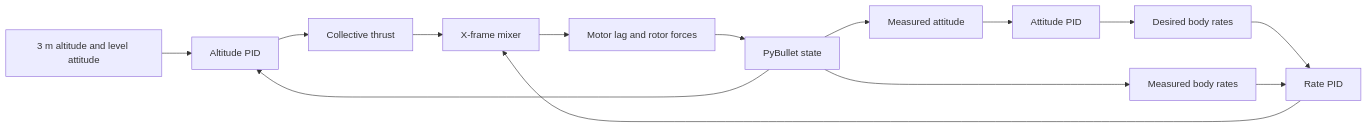
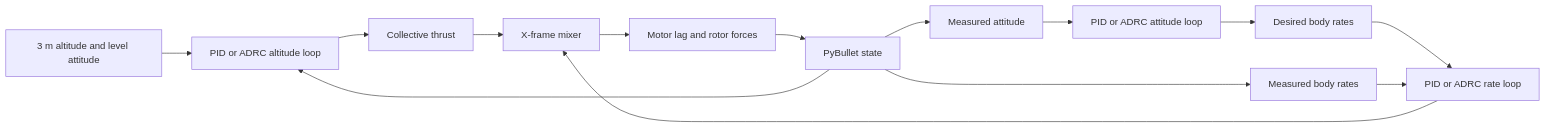
Before and after one commit to amire2000/drone-physics-and-simulation-course: the diagram in design/learning/module_04_motor_mixer_pid_plan.md, drawn with Mermaid. The commit also changed other lines of this file and 11 other files, not shown here.

Commit message:
feat(module-4): add interchangeable PID and ADRC controllers

````diff
--- a/design/learning/module_04_motor_mixer_pid_plan.md
+++ b/design/learning/module_04_motor_mixer_pid_plan.md
@@ -13,16 +13,16 @@
 ```mermaid
 flowchart LR
-    target[3 m altitude and level attitude] --> altitude[Altitude PID]
+    target[3 m altitude and level attitude] --> altitude[PID or ADRC altitude loop]
     altitude --> thrust[Collective thrust]
-    attitude[Measured attitude] --> attitude_pid[Attitude PID]
-    attitude_pid --> rates[Desired body rates]
-    rates --> rate_pid[Rate PID]
-    measured[Measured body rates] --> rate_pid
-    rate_pid --> mixer[X-frame mixer]
+    attitude[Measured attitude] --> attitude_loop[PID or ADRC attitude loop]
+    attitude_loop --> rates[Desired body rates]
+    rates --> rate_loop[PID or ADRC rate loop]
+    measured[Measured body rates] --> rate_loop
+    rate_loop --> mixer[X-frame mixer]
     thrust --> mixer
     mixer --> motors[Motor lag and rotor forces]
     motors --> bullet[PyBullet state]
     bullet --> altitude
     bullet --> attitude
     bullet --> measured
 ```
````
